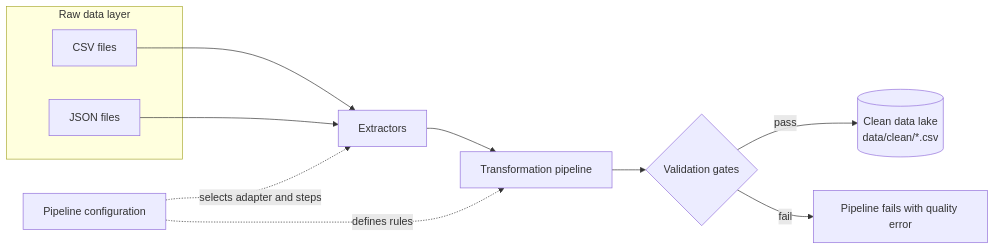
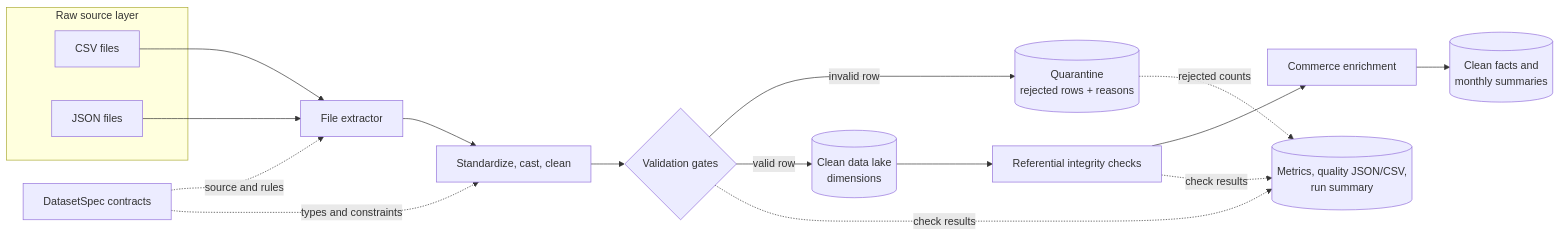
One commit to Emmanuel262/Configuration-Driven-Python-ETL-Pipeline changed the diagram in docs/architecture.md. Above: the diagram before and after it, drawn with Mermaid. The commit also changed other lines of this file and 17 other files, not shown here.

Commit message:
feat: add fault-tolerant configuration-driven pipeline v2

````diff
--- a/docs/architecture.md
+++ b/docs/architecture.md
@@ -7,23 +7,30 @@
 ```mermaid
 flowchart LR
-    subgraph Raw[Raw data layer]
+    subgraph Raw[Raw source layer]
         CSV[CSV files]
         JSON[JSON files]
     end
 
-    CFG[Pipeline configuration]
-    EXT[Extractors]
-    TRN[Transformation pipeline]
-    VAL{Validation gates}
-    BAD[Pipeline fails with quality error]
-    CLEAN[(Clean data lake<br/>data/clean/*.csv)]
+    CFG[DatasetSpec contracts]
+    EXT[File extractor]
+    TRN[Standardize, cast, clean]
+    GATE{Validation gates}
+    BAD[(Quarantine<br/>rejected rows + reasons)]
+    CLEAN[(Clean data lake<br/>dimensions)]
+    FK[Referential integrity checks]
+    ENR[Commerce enrichment]
+    MART[(Clean facts and<br/>monthly summaries)]
+    OBS[(Metrics, quality JSON/CSV,<br/>run summary)]
 
     CSV --> EXT
     JSON --> EXT
-    CFG -. selects adapter and steps .-> EXT
-    CFG -. defines rules .-> TRN
-    EXT --> TRN
-    TRN --> VAL
-    VAL -->|pass| CLEAN
-    VAL -->|fail| BAD
+    CFG -. source and rules .-> EXT
+    CFG -. types and constraints .-> TRN
+    EXT --> TRN --> GATE
+    GATE -->|invalid row| BAD
+    GATE -->|valid row| CLEAN
+    CLEAN --> FK --> ENR --> MART
+    GATE -. check results .-> OBS
+    FK -. check results .-> OBS
+    BAD -. rejected counts .-> OBS
 ```
````
